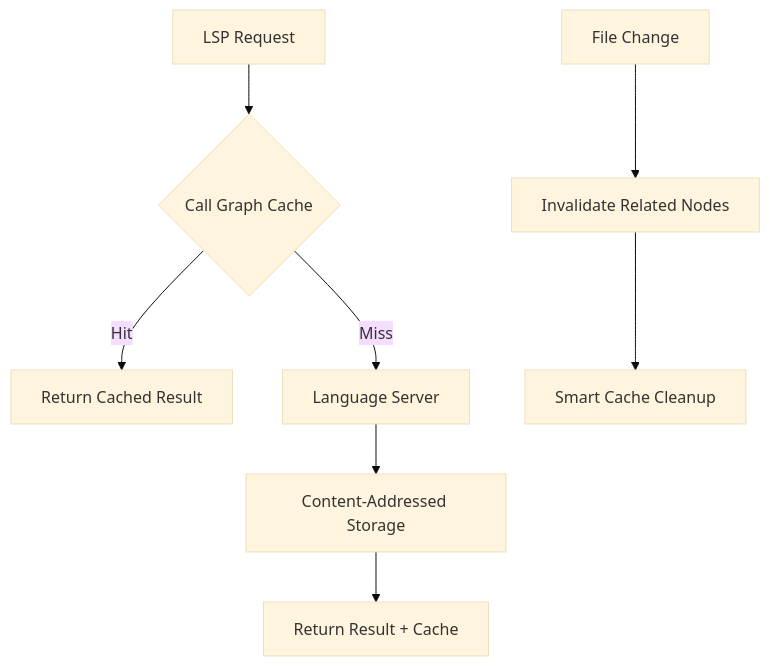
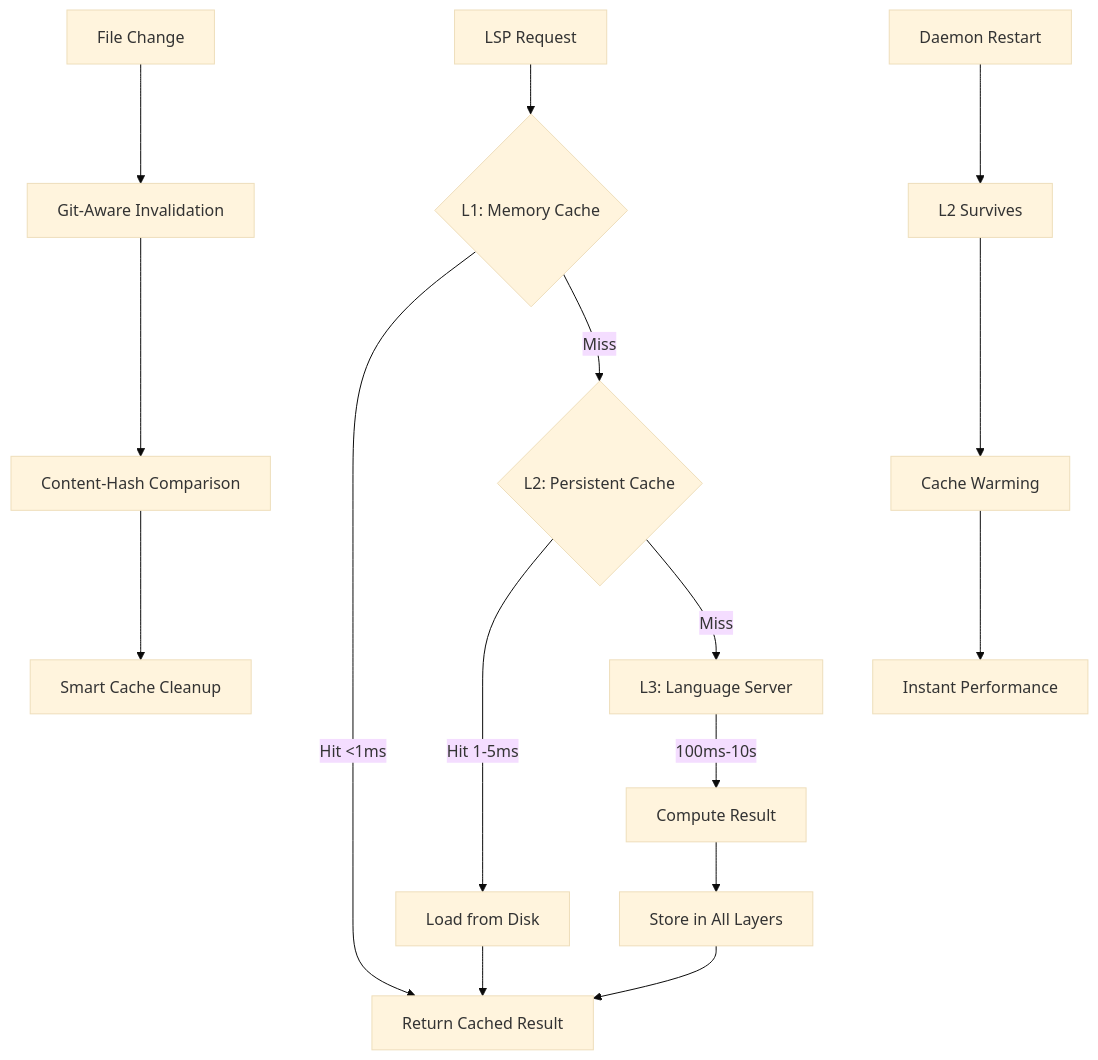
Before and after one commit to probelabs/probe: the first of 2 diagrams in docs/indexing-overview.md, drawn with Mermaid (base theme). The commit also changed other lines of this file and 29 other files, not shown here.

First line of the commit message:
feat(lsp): implement persistent cache with three-layer architecture

````diff
--- a/docs/indexing-overview.md
+++ b/docs/indexing-overview.md
@@ -42,11 +42,20 @@
 ```mermaid
 graph TB
-    A[LSP Request] --> B{Call Graph Cache}
-    B -->|Hit| C[Return Cached Result]
-    B -->|Miss| D[Language Server]
-    D --> E[Content-Addressed Storage]
-    E --> F[Return Result + Cache]
+    A[LSP Request] --> B{L1: Memory Cache}
+    B -->|Hit <1ms| C[Return Cached Result]
+    B -->|Miss| D{L2: Persistent Cache}
+    D -->|Hit 1-5ms| E[Load from Disk]
+    D -->|Miss| F[L3: Language Server]
+    F -->|100ms-10s| G[Compute Result]
+    G --> H[Store in All Layers]
+    E --> C
+    H --> C
     
-    G[File Change] --> H[Invalidate Related Nodes]
-    H --> I[Smart Cache Cleanup]
+    I[File Change] --> J[Git-Aware Invalidation]
+    J --> K[Content-Hash Comparison]
+    K --> L[Smart Cache Cleanup]
+    
+    M[Daemon Restart] --> N[L2 Survives]
+    N --> O[Cache Warming]
+    O --> P[Instant Performance]
 ```
````
